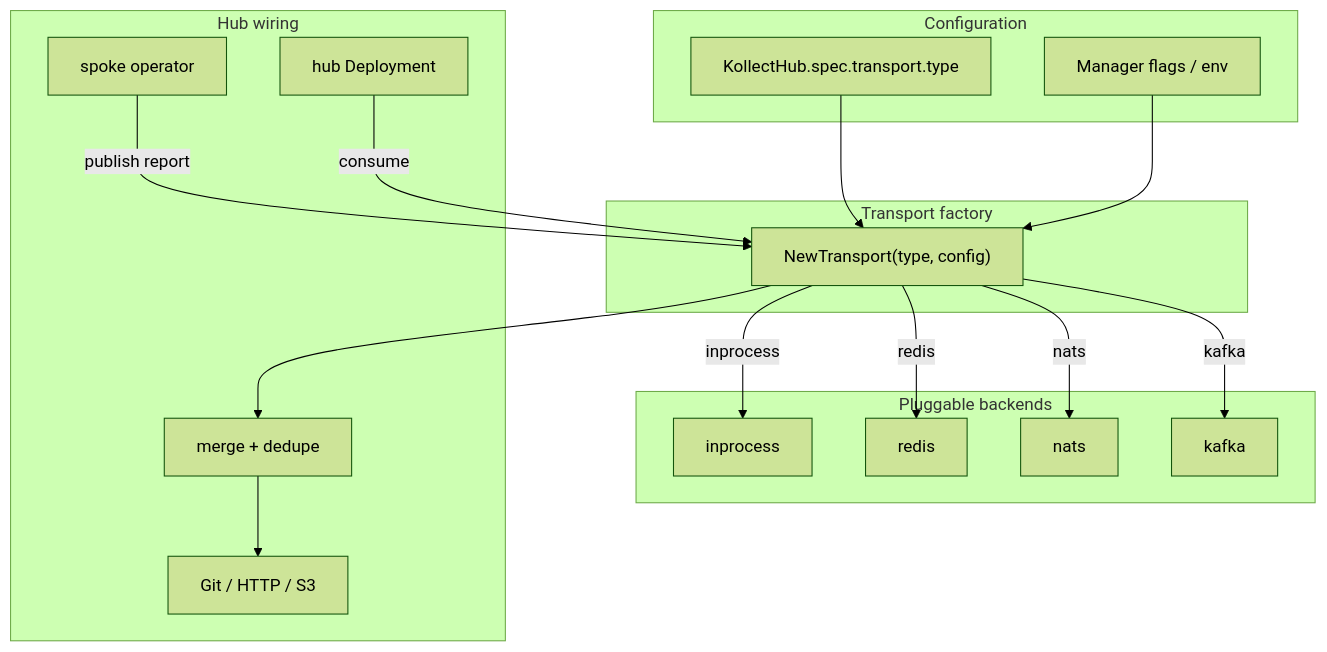
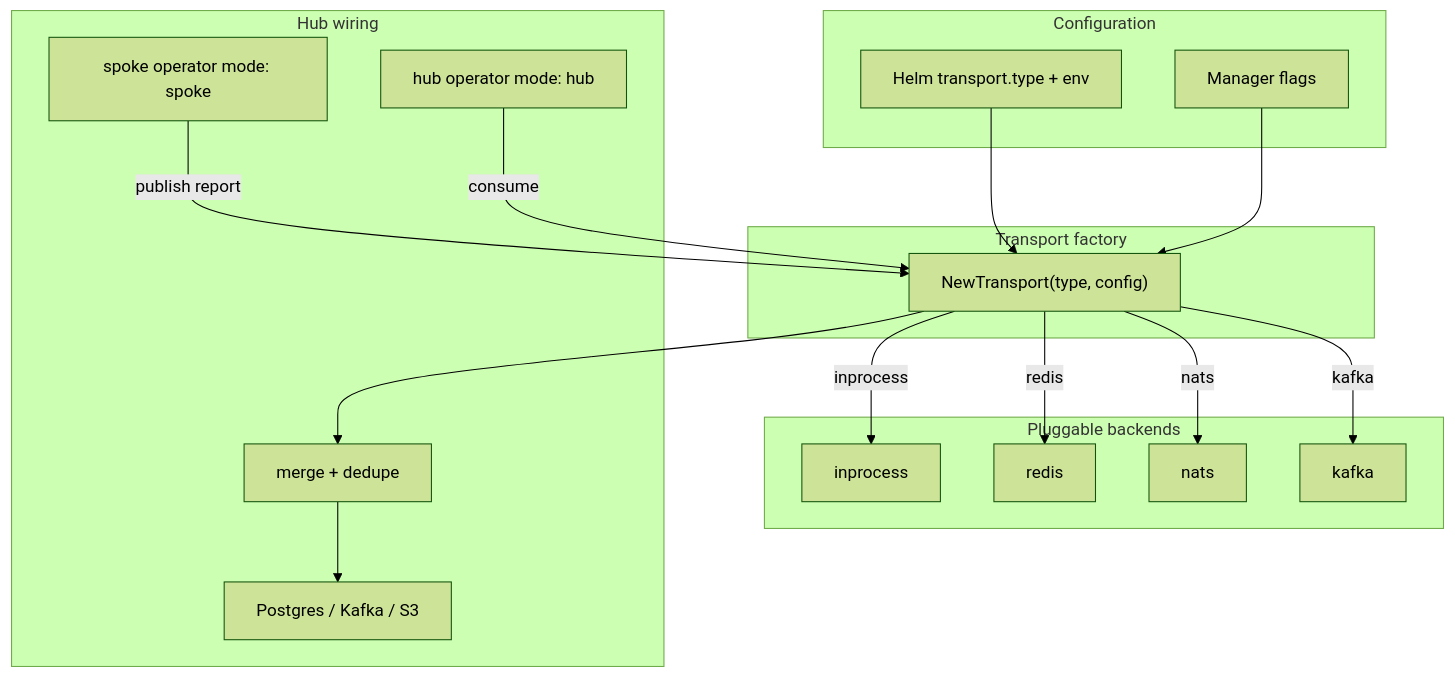
Before and after one commit to konih/kollect: the first of 2 diagrams in docs/adr/0502-lean-queue-transport.md, drawn with Mermaid (forest theme). The commit also changed other lines of this file and 4 other files, not shown here.

First line of the commit message:
:page_facing_up: docs(adr): refresh transport and export ADRs

````diff
--- a/docs/adr/0502-lean-queue-transport.md
+++ b/docs/adr/0502-lean-queue-transport.md
@@ -102,37 +104,37 @@
 ```mermaid
 flowchart TB
   subgraph config [Configuration]
-    CRD["KollectHub.spec.transport.type"]
-    Env["Manager flags / env"]
+    Helm["Helm transport.type + env"]
+    Flags["Manager flags"]
   end
 
   subgraph factory [Transport factory]
     F["NewTransport(type, config)"]
   end
 
   subgraph backends [Pluggable backends]
     IP[inprocess]
     RD[redis]
     NT[nats]
     KF[kafka]
   end
 
   subgraph consumers [Hub wiring]
-    Spoke[spoke operator]
-    Hub[hub Deployment]
+    Spoke[spoke operator mode: spoke]
+    Hub[hub operator mode: hub]
     Merge[merge + dedupe]
-    Export[Git / HTTP / S3]
+    Export[Postgres / Kafka / S3]
   end
 
-  CRD --> F
-  Env --> F
+  Helm --> F
+  Flags --> F
   F -->|inprocess| IP
   F -->|redis| RD
   F -->|nats| NT
   F -->|kafka| KF
 
   Spoke -->|publish report| F
   Hub -->|consume| F
   F --> Merge
   Merge --> Export
 ```
````
